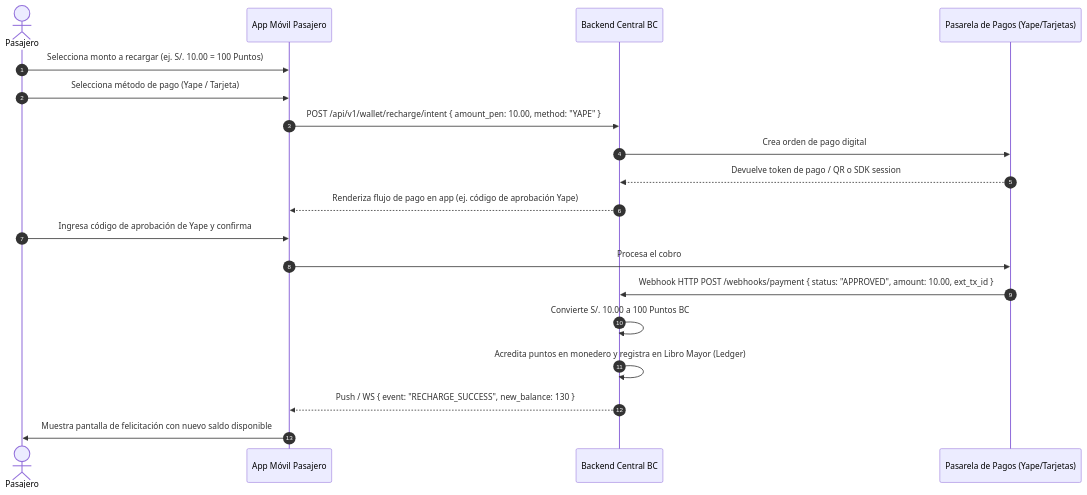
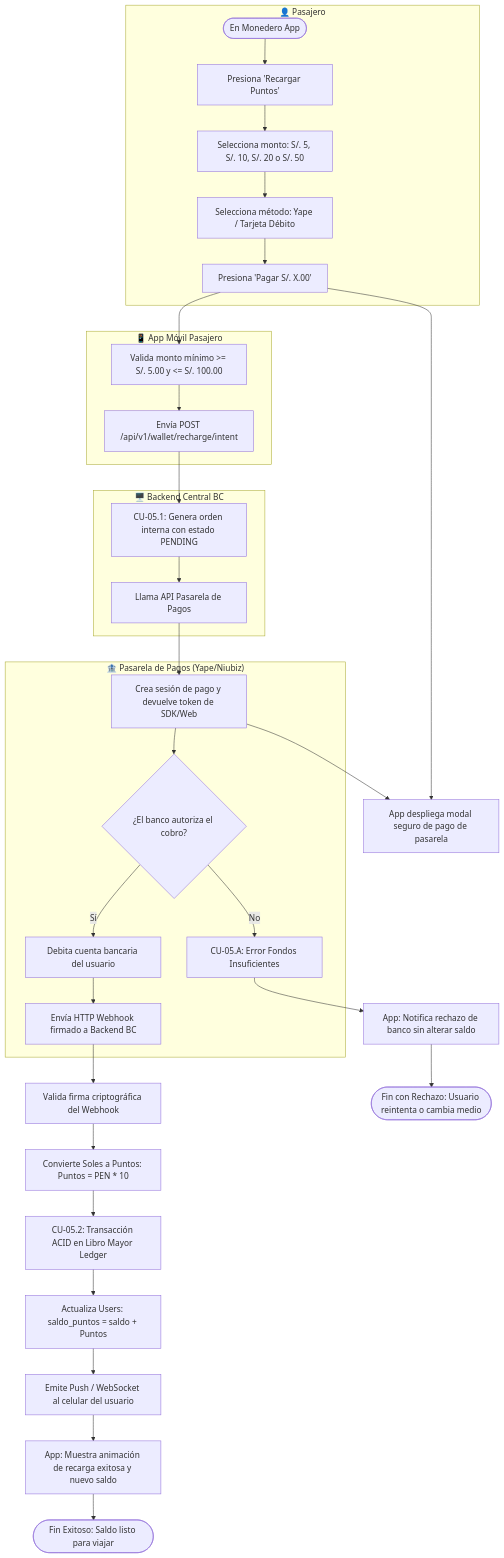
One commit to aron-quito/sem-bus changed the diagram in docs/casos_de_uso/CU05_Recarga_Puntos_BC.md. Above: the diagram before and after it, drawn with Mermaid. The commit also changed other lines of this file and 7 other files, not shown here.

````diff
--- a/docs/casos_de_uso/CU05_Recarga_Puntos_BC.md
+++ b/docs/casos_de_uso/CU05_Recarga_Puntos_BC.md
@@ -22,22 +46,42 @@
 ```mermaid
-sequenceDiagram
-    autonumber
-    actor Pasajero
-    participant App as App Móvil Pasajero
-    participant Backend as Backend Central BC
-    participant Pasarela as Pasarela de Pagos (Yape/Tarjetas)
+flowchart TD
+    subgraph Pasajero["👤 Pasajero"]
+        A1([En Monedero App]) --> A2[Presiona 'Recargar Puntos']
+        A2 --> A3[Selecciona monto: S/. 5, S/. 10, S/. 20 o S/. 50]
+        A3 --> A4[Selecciona método: Yape / Tarjeta Débito]
+        A4 --> A5[Presiona 'Pagar S/. X.00']
+    end
 
-    Pasajero->>App: Selecciona monto a recargar (ej. S/. 10.00 = 100 Puntos)
-    Pasajero->>App: Selecciona método de pago (Yape / Tarjeta)
-    App->>Backend: POST /api/v1/wallet/recharge/intent { amount_pen: 10.00, method: "YAPE" }
-    Backend->>Pasarela: Crea orden de pago digital
-    Pasarela-->>Backend: Devuelve token de pago / QR o SDK session
-    Backend-->>App: Renderiza flujo de pago en app (ej. código de aprobación Yape)
-    Pasajero->>App: Ingresa código de aprobación de Yape y confirma
-    App->>Pasarela: Procesa el cobro
-    Pasarela->>Backend: Webhook HTTP POST /webhooks/payment { status: "APPROVED", amount: 10.00, ext_tx_id }
-    Backend->>Backend: Convierte S/. 10.00 a 100 Puntos BC
-    Backend->>Backend: Acredita puntos en monedero y registra en Libro Mayor (Ledger)
-    Backend-->>App: Push / WS { event: "RECHARGE_SUCCESS", new_balance: 130 }
-    App->>Pasajero: Muestra pantalla de felicitación con nuevo saldo disponible
+    subgraph App["📱 App Móvil Pasajero"]
+        A5 --> B1[Valida monto mínimo >= S/. 5.00 y <= S/. 100.00]
+        B1 --> B2[Envía POST /api/v1/wallet/recharge/intent]
+    end
+
+    subgraph Backend["🖥️ Backend Central BC"]
+        B2 --> C1[CU-05.1: Genera orden interna con estado PENDING]
+        C1 --> C2[Llama API Pasarela de Pagos]
+    end
+
+    subgraph Pasarela["🏦 Pasarela de Pagos (Yape/Niubiz)"]
+        C2 --> D1[Crea sesión de pago y devuelve token de SDK/Web]
+        D1 --> D2{¿El banco autoriza el cobro?}
+        D2 -- No --> D_FAIL[CU-05.A: Error Fondos Insuficientes]
+        D2 -- Sí --> D3[Debita cuenta bancaria del usuario]
+        D3 --> D4[Envía HTTP Webhook firmado a Backend BC]
+    end
+
+    D1 --> B3[App despliega modal seguro de pago de pasarela]
+    A5 --> B3
+
+    D4 --> C3[Valida firma criptográfica del Webhook]
+    C3 --> C4[Convierte Soles a Puntos: Puntos = PEN * 10]
+    C4 --> C5[CU-05.2: Transacción ACID en Libro Mayor Ledger]
+    C5 --> C6[Actualiza Users: saldo_puntos = saldo + Puntos]
+    C6 --> C7[Emite Push / WebSocket al celular del usuario]
+
+    C7 --> B_OK[App: Muestra animación de recarga exitosa y nuevo saldo]
+    D_FAIL --> B_FAIL[App: Notifica rechazo de banco sin alterar saldo]
+
+    B_OK --> END_OK([Fin Exitoso: Saldo listo para viajar])
+    B_FAIL --> END_FAIL([Fin con Rechazo: Usuario reintenta o cambia medio])
 ```
````
